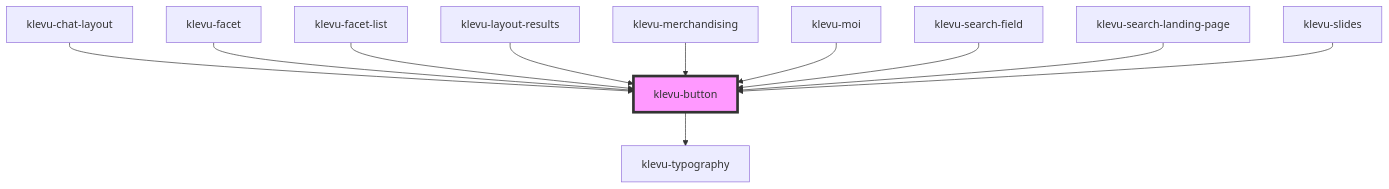
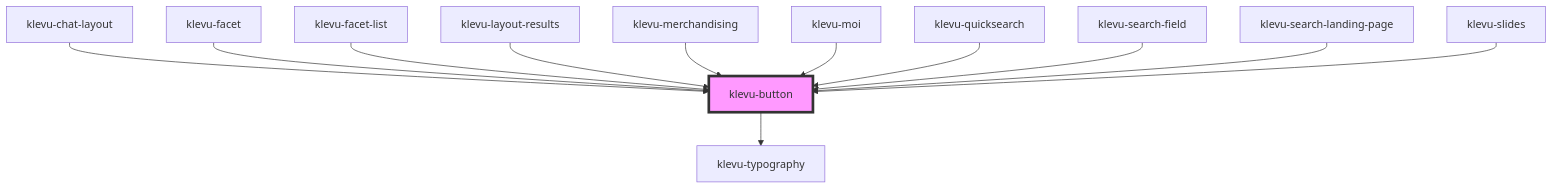
Before and after one commit to klevultd/frontend-sdk: the diagram in packages/klevu-ui/src/components/klevu-button/readme.md, drawn with Mermaid. The commit also changed other lines of this file and 21 other files, not shown here.

````diff
--- a/packages/klevu-ui/src/components/klevu-button/readme.md
+++ b/packages/klevu-ui/src/components/klevu-button/readme.md
@@ -55,14 +56,15 @@
 ```mermaid
 graph TD;
   klevu-button --> klevu-typography
   klevu-chat-layout --> klevu-button
   klevu-facet --> klevu-button
   klevu-facet-list --> klevu-button
   klevu-layout-results --> klevu-button
   klevu-merchandising --> klevu-button
   klevu-moi --> klevu-button
+  klevu-quicksearch --> klevu-button
   klevu-search-field --> klevu-button
   klevu-search-landing-page --> klevu-button
   klevu-slides --> klevu-button
   style klevu-button fill:#f9f,stroke:#333,stroke-width:4px
 ```
````
